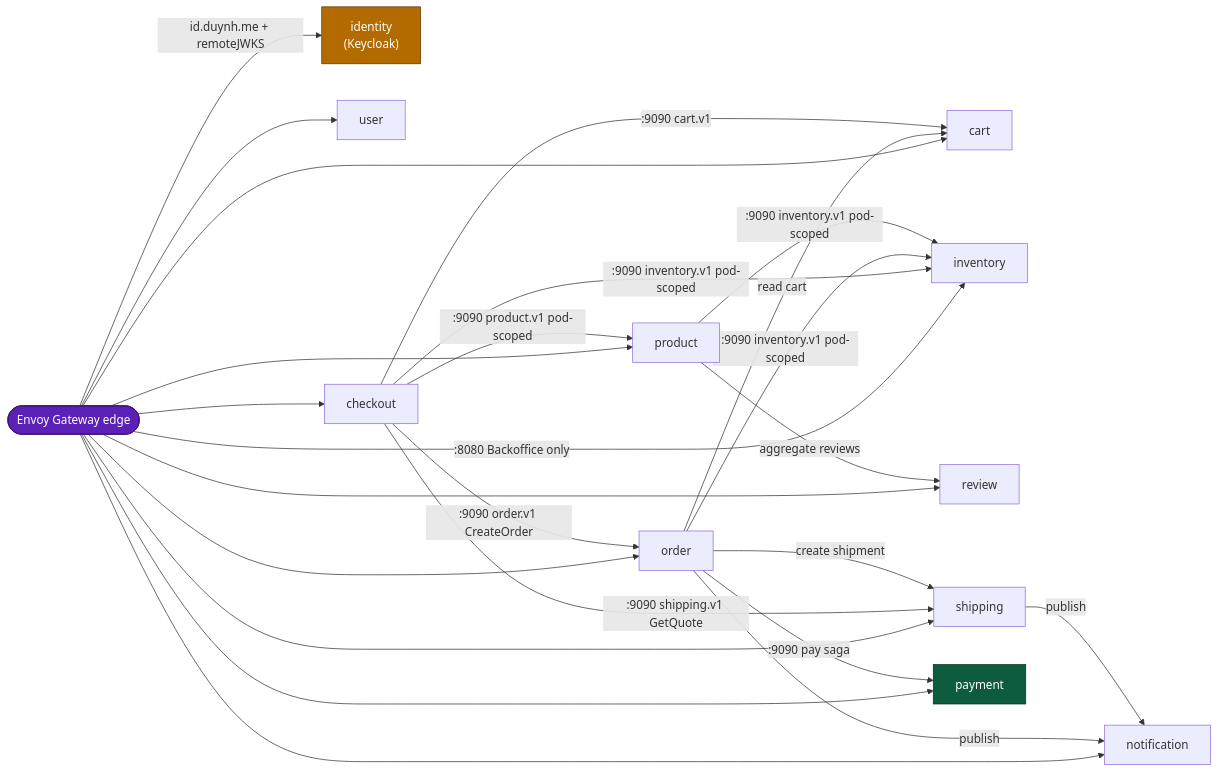
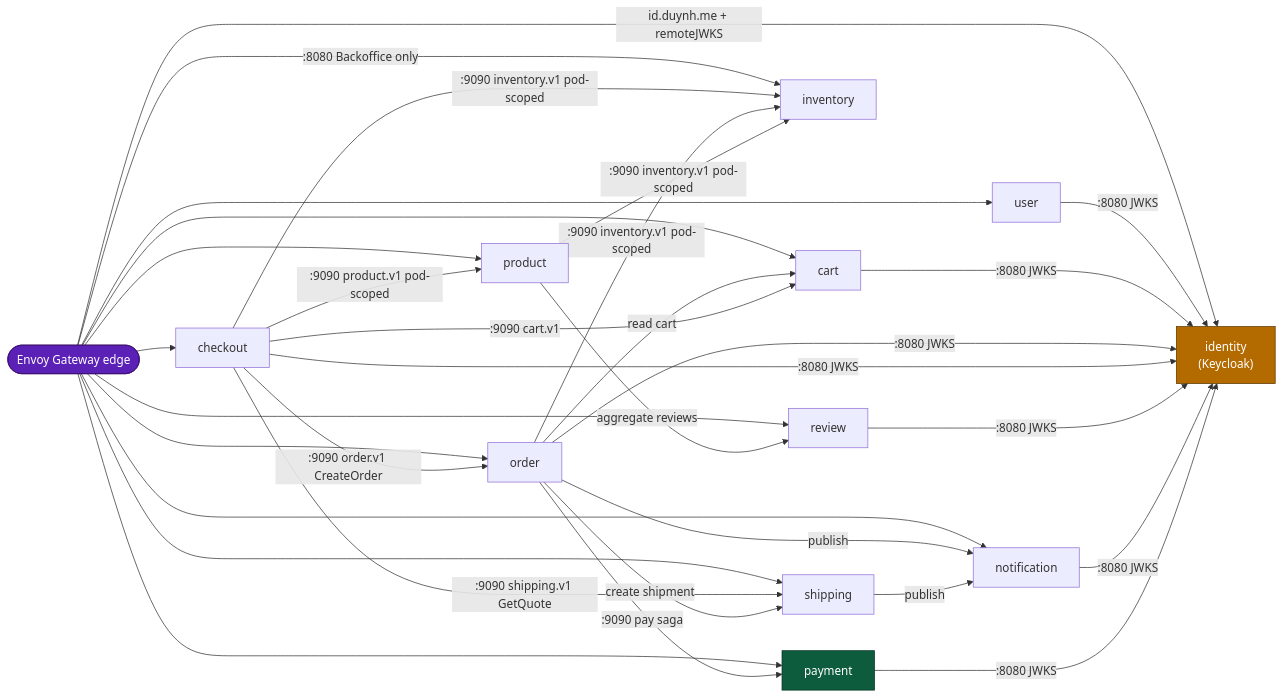
The second of 3 diagrams in docs/security/network-policies.md (duynhlab/homelab), drawn with Mermaid before and after one commit. The commit also changed other lines of this file and 1 other file, not shown here.

First line of the commit message:
Let the seven authmw services fetch the JWKS

````diff
--- a/docs/security/network-policies.md
+++ b/docs/security/network-policies.md
@@ -131,37 +141,42 @@
 ```mermaid
 flowchart LR
     EDGE([Envoy Gateway edge]):::gw
     IDP["identity<br/>(Keycloak)"]:::idp
     USER[user]
     PRODUCT[product]
     CART[cart]
     ORDER[order]
     CHECKOUT[checkout]
     INV[inventory]
     REVIEW[review]
     NOTIF[notification]
     SHIP[shipping]
     PAYMENT[payment]:::pay
 
     %% North-south: the gateway's ingress allows
     EDGE --> USER & PRODUCT & CART & ORDER & CHECKOUT & REVIEW & NOTIF & SHIP & PAYMENT
     EDGE -->|"id.duynh.me + remoteJWKS"| IDP
     EDGE -->|":8080 Backoffice only"| INV
 
+    %% The seven pkg/authmw services fetch the JWKS themselves (added 2026-08-22).
+    %% Their verifier is the authoritative one and is fail-closed, so this is not
+    %% redundancy with the edge -- without it every private route answers 401.
+    USER & CART & ORDER & CHECKOUT & REVIEW & NOTIF & PAYMENT -->|":8080 JWKS"| IDP
+
     %% East-west business calls
     ORDER -->|read cart| CART
     CHECKOUT -->|":9090 cart.v1"| CART
     CHECKOUT -->|":9090 order.v1 CreateOrder"| ORDER
     CHECKOUT -->|":9090 product.v1 pod-scoped"| PRODUCT
     CHECKOUT -->|":9090 shipping.v1 GetQuote"| SHIP
     CHECKOUT & ORDER & PRODUCT -->|":9090 inventory.v1 pod-scoped"| INV
     PRODUCT -->|aggregate reviews| REVIEW
     ORDER -->|publish| NOTIF
     SHIP -->|publish| NOTIF
     ORDER -->|create shipment| SHIP
     ORDER -->|":9090 pay saga"| PAYMENT
 
     classDef gw fill:#5b21b6,color:#fff,stroke:#3b0d6e
     classDef idp fill:#b36b00,color:#fff,stroke:#5c3600
     classDef pay fill:#0d5c3d,color:#fff,stroke:#063020
 ```
````
